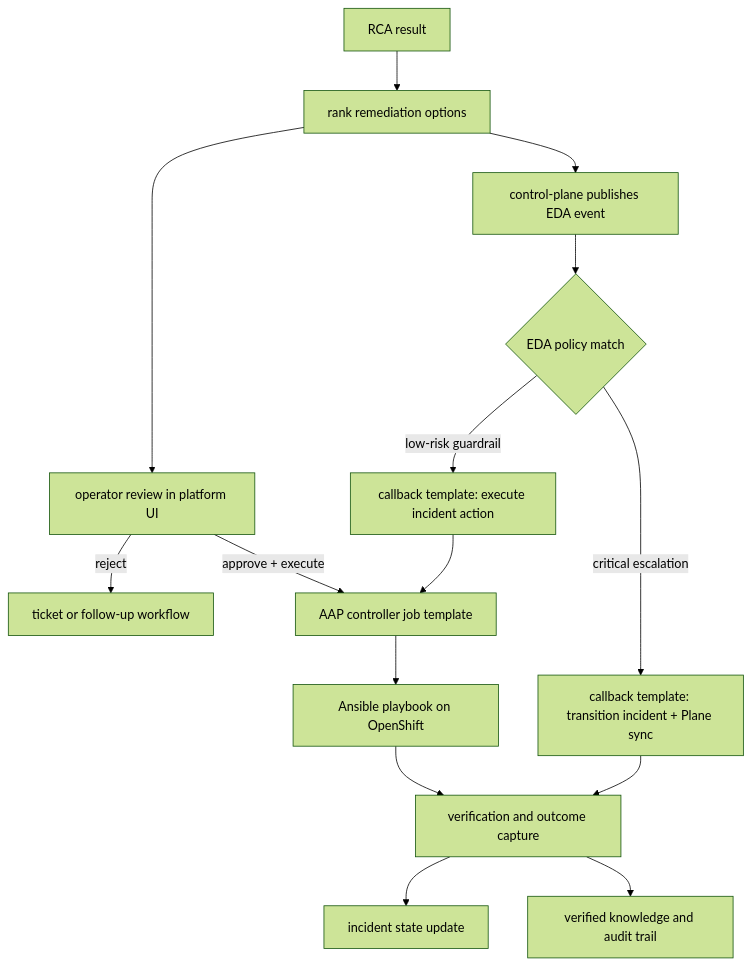
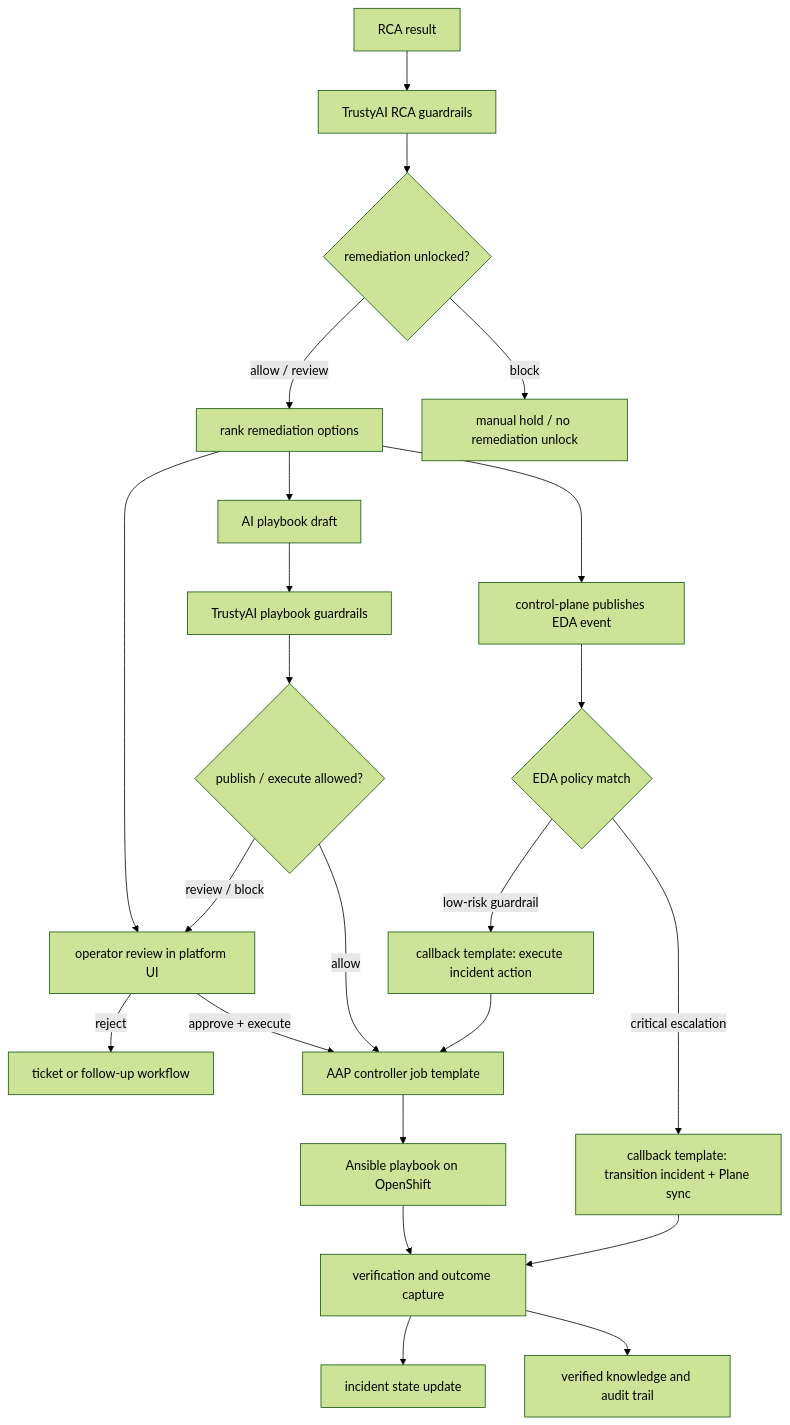
One commit to rh-telco-tigers/Autonomous-Network-Intelligence-Anomaly-Detection-with-Red-Hat-OpenShift-AI changed the diagram in docs/architecture/phase-08-overview-remediation.md. Above: the diagram before and after it, drawn with Mermaid (forest theme). The commit also changed other lines of this file and 4 other files, not shown here.

Commit message:
Update phase docs for TrustyAI flows

````diff
--- a/docs/architecture/phase-08-overview-remediation.md
+++ b/docs/architecture/phase-08-overview-remediation.md
@@ -30,17 +34,25 @@
 ```mermaid
 flowchart TD
-  RCA["RCA result"] --> Suggest["rank remediation options"]
+  RCA["RCA result"] --> RCAGuard["TrustyAI RCA guardrails"]
+  RCAGuard --> Unlock{"remediation unlocked?"}
+  Unlock -->|allow / review| Suggest["rank remediation options"]
+  Unlock -->|block| Hold["manual hold / no remediation unlock"]
   Suggest --> Human["operator review in platform UI"]
+  Suggest --> Draft["AI playbook draft"]
+  Draft --> PlaybookGuard["TrustyAI playbook guardrails"]
+  PlaybookGuard --> Publish{"publish / execute allowed?"}
   Suggest --> Event["control-plane publishes EDA event"]
   Human -->|reject| Backlog["ticket or follow-up workflow"]
   Human -->|approve + execute| JT["AAP controller job template"]
+  Publish -->|allow| JT
+  Publish -->|review / block| Human
   Event --> Policy{"EDA policy match"}
   Policy -->|critical escalation| Ticket["callback template: transition incident + Plane sync"]
   Policy -->|low-risk guardrail| Callback["callback template: execute incident action"]
   Callback --> JT
   JT --> Playbook["Ansible playbook on OpenShift"]
   Playbook --> Verify["verification and outcome capture"]
   Ticket --> Verify
   Verify --> Incident["incident state update"]
   Verify --> Learn["verified knowledge and audit trail"]
 ```
````
